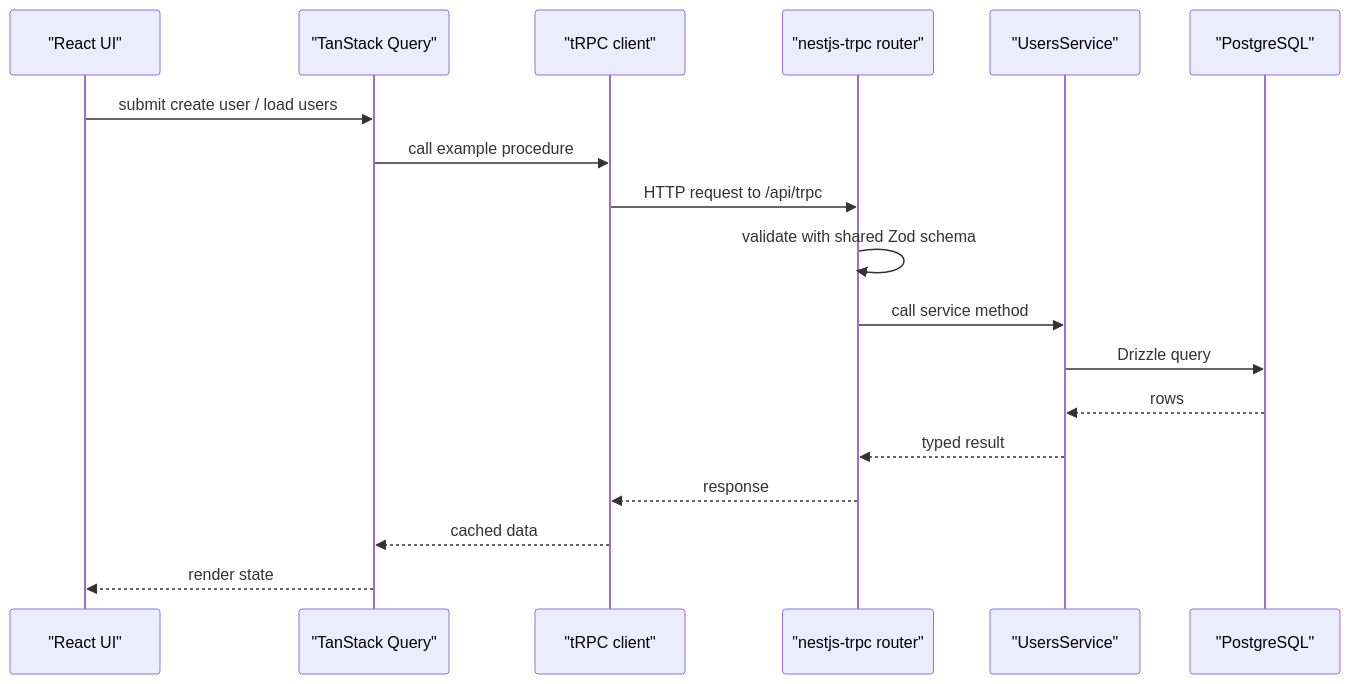
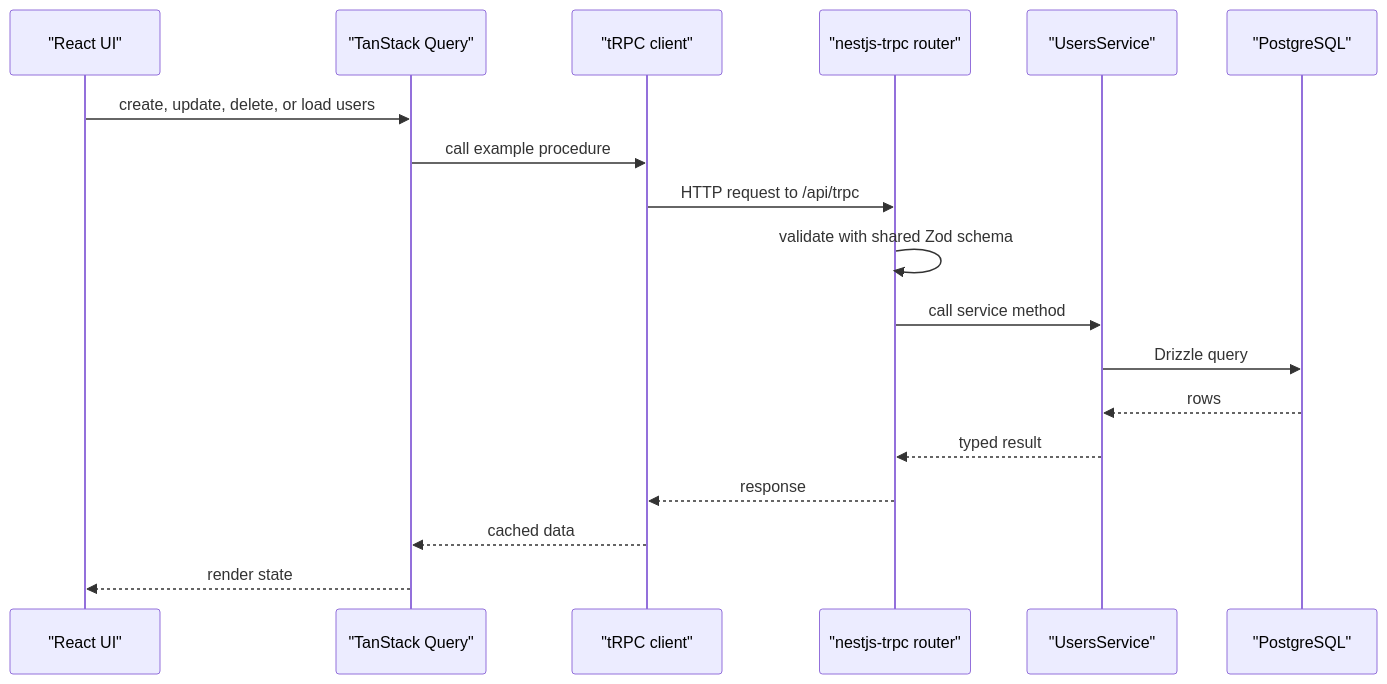
Before and after one commit to DidiWalakutty/Transcendence: the diagram in docs/API.md, drawn with Mermaid. The commit also changed other lines of this file and 18 other files, not shown here.

````diff
--- a/docs/API.md
+++ b/docs/API.md
@@ -56,21 +60,21 @@
 ```mermaid
 sequenceDiagram
     participant UI as "React UI"
     participant Query as "TanStack Query"
     participant TRPC as "tRPC client"
     participant Router as "nestjs-trpc router"
     participant Service as "UsersService"
     participant DB as "PostgreSQL"
 
-    UI->>Query: submit create user / load users
+    UI->>Query: create, update, delete, or load users
     Query->>TRPC: call example procedure
     TRPC->>Router: HTTP request to /api/trpc
     Router->>Router: validate with shared Zod schema
     Router->>Service: call service method
     Service->>DB: Drizzle query
     DB-->>Service: rows
     Service-->>Router: typed result
     Router-->>TRPC: response
     TRPC-->>Query: cached data
     Query-->>UI: render state
 ```
````
